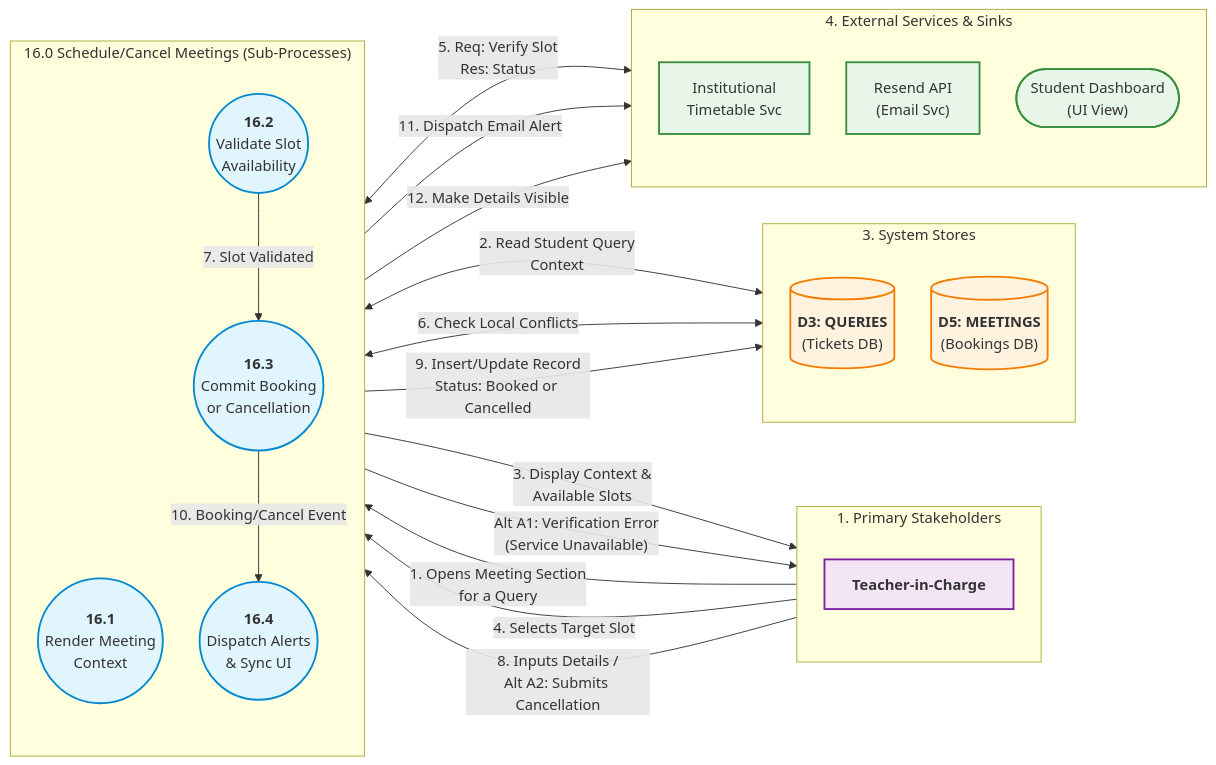
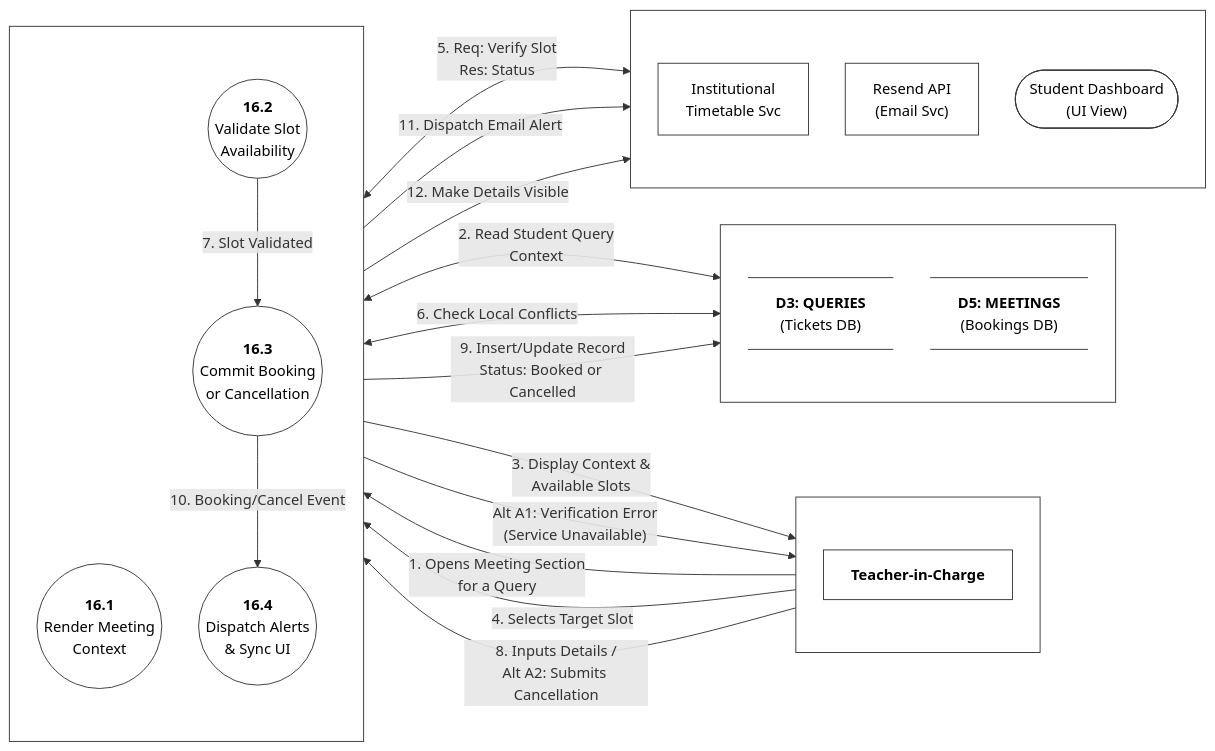
The diagram in SE/ideathon/documents/L2-DFD-T06.mmd (aryanhrc3428/Semester-5), drawn with Mermaid before and after one commit. The commit also changed 21 other files, not shown here.

```diff
--- a/SE/ideathon/documents/L2-DFD-T06.mmd
+++ b/SE/ideathon/documents/L2-DFD-T06.mmd
@@ -1,85 +1,90 @@
 %%{init: {
   "flowchart": {
     "htmlLabels": true,
     "nodeSpacing": 40,
     "rankSpacing": 90,
     "padding": 15
   }
 }}%%
 flowchart LR
 
     %% -------------------------------------------------------------
     %% COLUMN 1: ACTORS
     %% -------------------------------------------------------------
-    subgraph Actors ["1. Primary Stakeholders"]
+    subgraph Actors [" "]
         direction TB
         TIC["<b>Teacher-in-Charge</b>"]
     end
 
     %% -------------------------------------------------------------
     %% COLUMN 2: SUB-PROCESSES (Decomposition of 16.0)
     %% -------------------------------------------------------------
-    subgraph SubProcesses ["16.0 Schedule/Cancel Meetings (Sub-Processes)"]
+    subgraph SubProcesses [" "]
         direction TB
         P16_1(("<b>16.1</b><br/>Render Meeting<br/>Context"))
         P16_2(("<b>16.2</b><br/>Validate Slot<br/>Availability"))
         P16_3(("<b>16.3</b><br/>Commit Booking<br/>or Cancellation"))
         P16_4(("<b>16.4</b><br/>Dispatch Alerts<br/>& Sync UI"))
     end
 
     %% -------------------------------------------------------------
     %% COLUMN 3: DATA STORES & ROUTING
     %% -------------------------------------------------------------
-    subgraph DataStores ["3. System Stores"]
+    subgraph DataStores [" "]
         direction TB
-        D3[("<b>D3: QUERIES</b><br/>(Tickets DB)")]
-        D5[("<b>D5: MEETINGS</b><br/>(Bookings DB)")]
+        D3@{ shape: datastore, label: "<b>D3: QUERIES</b><br/>(Tickets DB)" }
+        D5@{ shape: datastore, label: "<b>D5: MEETINGS</b><br/>(Bookings DB)" }
     end
 
     %% -------------------------------------------------------------
     %% COLUMN 4: EXTERNAL SERVICES & UI SINKS
     %% -------------------------------------------------------------
-    subgraph ExtServices ["4. External Services & Sinks"]
+    subgraph ExtServices [" "]
         direction TB
         ExtTimetable["Institutional<br/>Timetable Svc"]
         ExtEmail["Resend API<br/>(Email Svc)"]
         StudentDash(["Student Dashboard<br/>(UI View)"])
     end
 
     %% =============================================================
     %% DATA FLOWS
     %% =============================================================
 
     %% --- 16.1 Render Context ---
     TIC -->|"1. Opens Meeting Section<br/>for a Query"| P16_1
     P16_1 <-->|"2. Read Student Query<br/>Context"| D3
     P16_1 -->|"3. Display Context &<br/>Available Slots"| TIC
     
     %% --- 16.2 Validate Slot ---
     TIC -->|"4. Selects Target Slot"| P16_2
     P16_2 <-->|"5. Req: Verify Slot<br/>Res: Status"| ExtTimetable
     P16_2 <-->|"6. Check Local Conflicts"| D5
     P16_2 -->|"Alt A1: Verification Error<br/>(Service Unavailable)"| TIC
     
     %% --- 16.3 Commit Action ---
     P16_2 -->|"7. Slot Validated"| P16_3
     TIC -->|"8. Inputs Details /<br/>Alt A2: Submits Cancellation"| P16_3
     P16_3 -->|"9. Insert/Update Record<br/>Status: Booked or Cancelled"| D5
     
     %% --- 16.4 Dispatch Alerts ---
     P16_3 -->|"10. Booking/Cancel Event"| P16_4
     P16_4 -->|"11. Dispatch Email Alert"| ExtEmail
     P16_4 -->|"12. Make Details Visible"| StudentDash
 
     %% -------------------------------------------------------------
     %% STYLING
     %% -------------------------------------------------------------
-    classDef processStyle fill:#e1f5fe,stroke:#0288d1,stroke-width:2px;
-    classDef storeStyle fill:#fff3e0,stroke:#f57c00,stroke-width:2px;
-    classDef actorStyle fill:#f3e5f5,stroke:#7b1fa2,stroke-width:2px;
-    classDef extStyle fill:#e8f5e9,stroke:#388e3c,stroke-width:2px;
+    classDef processStyle fill:#fff,stroke:#333,stroke-width:1px,color:#000
+    classDef storeStyle fill:#fff,stroke:#333,stroke-width:1px,color:#000
+    classDef actorStyle fill:#fff,stroke:#333,stroke-width:1px,color:#000
+    classDef extStyle fill:#fff,stroke:#333,stroke-width:1px,color:#000
 
     class P16_1,P16_2,P16_3,P16_4 processStyle;
     class D3,D5 storeStyle;
     class TIC actorStyle;
     class ExtTimetable,ExtEmail,StudentDash extStyle;
+
+    style Actors fill:none,stroke:#333,stroke-width:1px
+    style SubProcesses fill:none,stroke:#333,stroke-width:1px
+    style DataStores fill:none,stroke:#333,stroke-width:1px
+    style ExtServices fill:none,stroke:#333,stroke-width:1px
```
